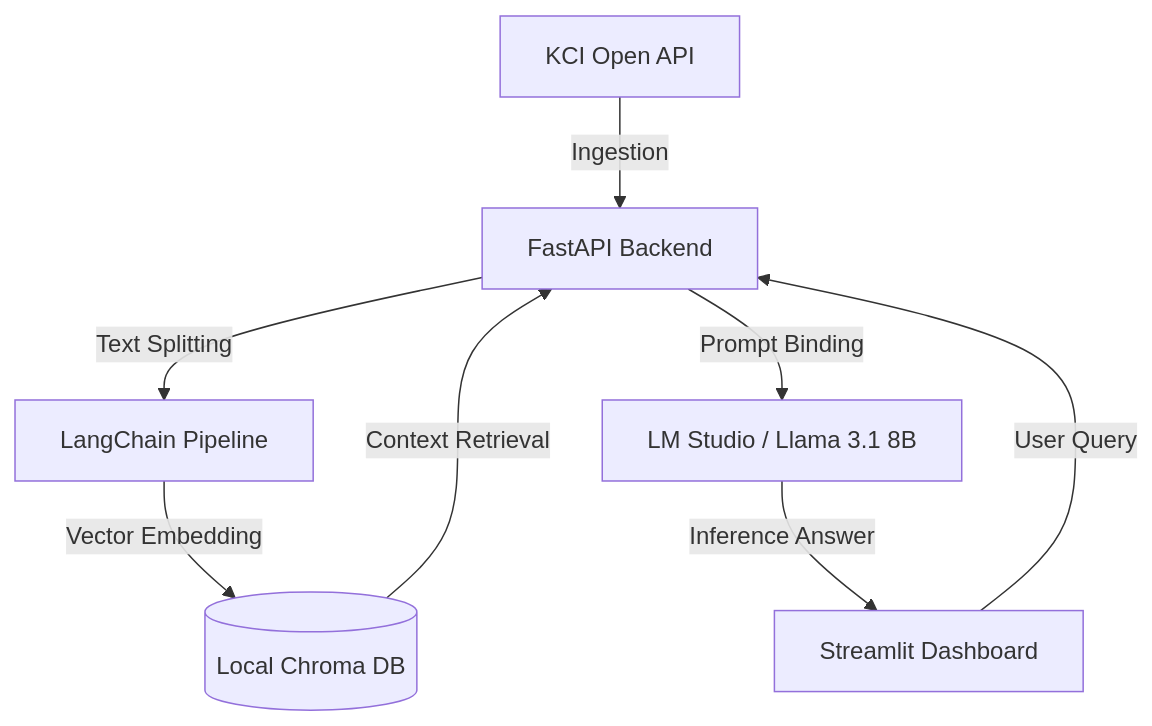
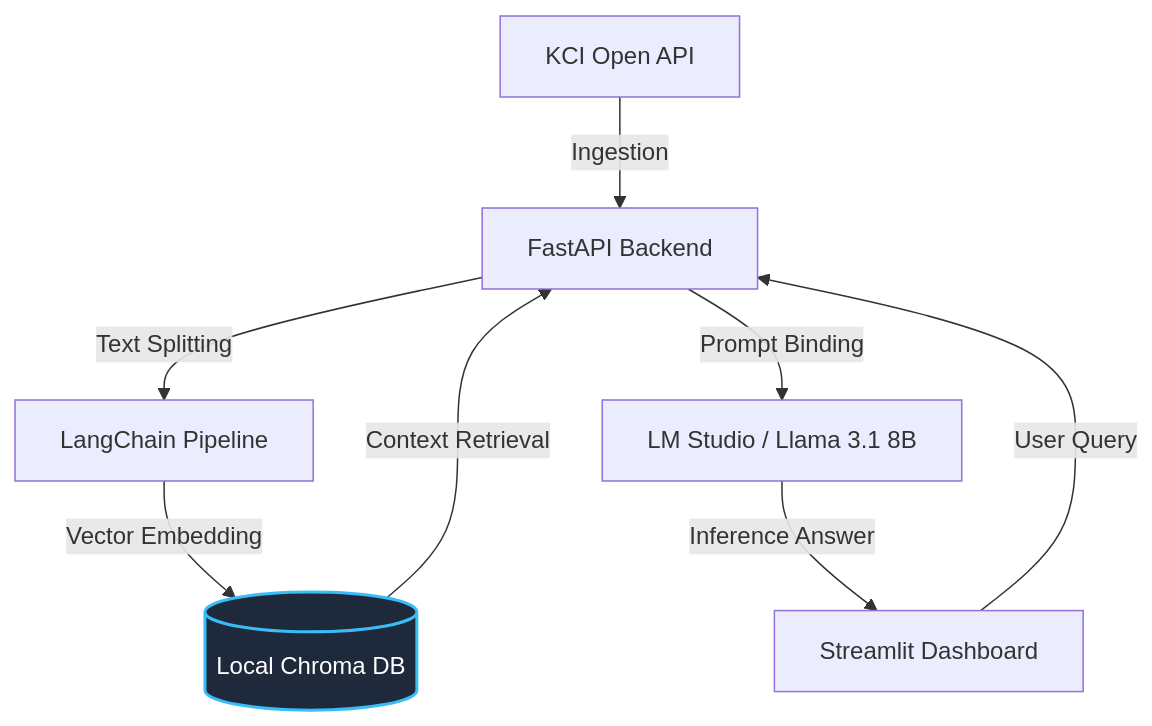
The diagram in 02_projects/01_kci_rag_assistant/README.md (BoSeongGim/boseonggim_portfolio), drawn with Mermaid before and after one commit. The commit also changed other lines of this file, not shown here.

````diff
--- a/02_projects/01_kci_rag_assistant/README.md
+++ b/02_projects/01_kci_rag_assistant/README.md
@@ -16,11 +18,13 @@
 ```mermaid
 graph TD
     A[KCI Open API] -->|Ingestion| B[FastAPI Backend]
     B -->|Text Splitting| C[LangChain Pipeline]
     C -->|Vector Embedding| D[(Local Chroma DB)]
     
     E[Streamlit Dashboard] -->|User Query| B
     D -->|Context Retrieval| B
     B -->|Prompt Binding| F[LM Studio / Llama 3.1 8B]
     F -->|Inference Answer| E
+
+    style D fill:#1e293b,stroke:#38bdf8,stroke-width:2px,color:#ffffff
 ```
````
